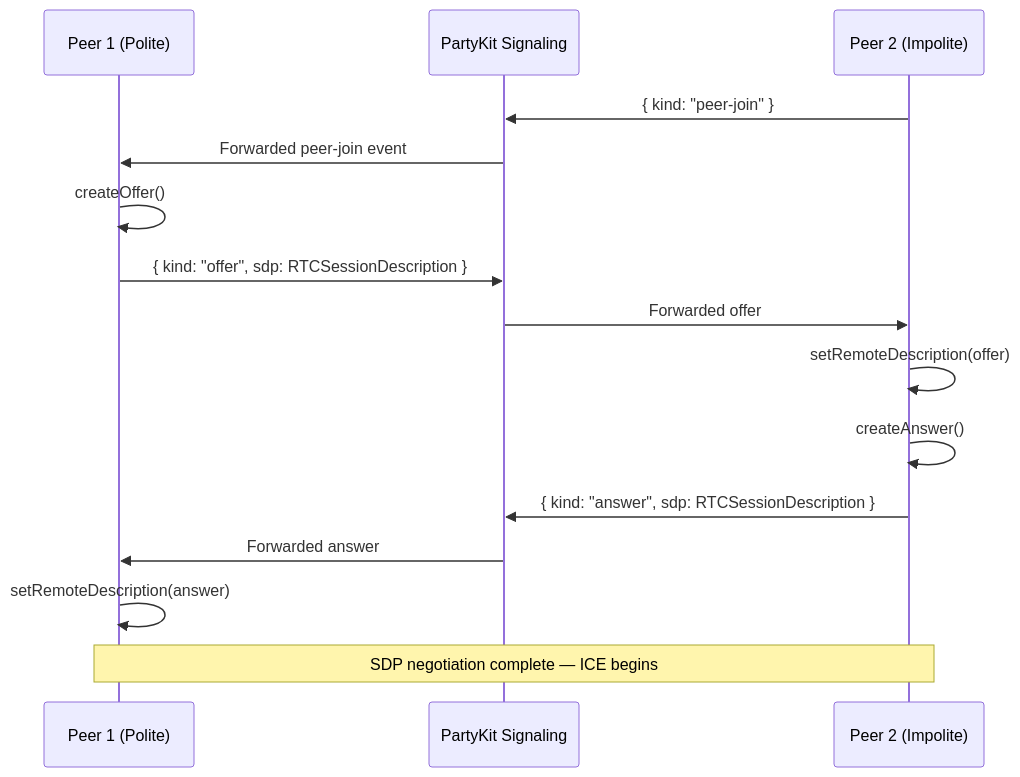
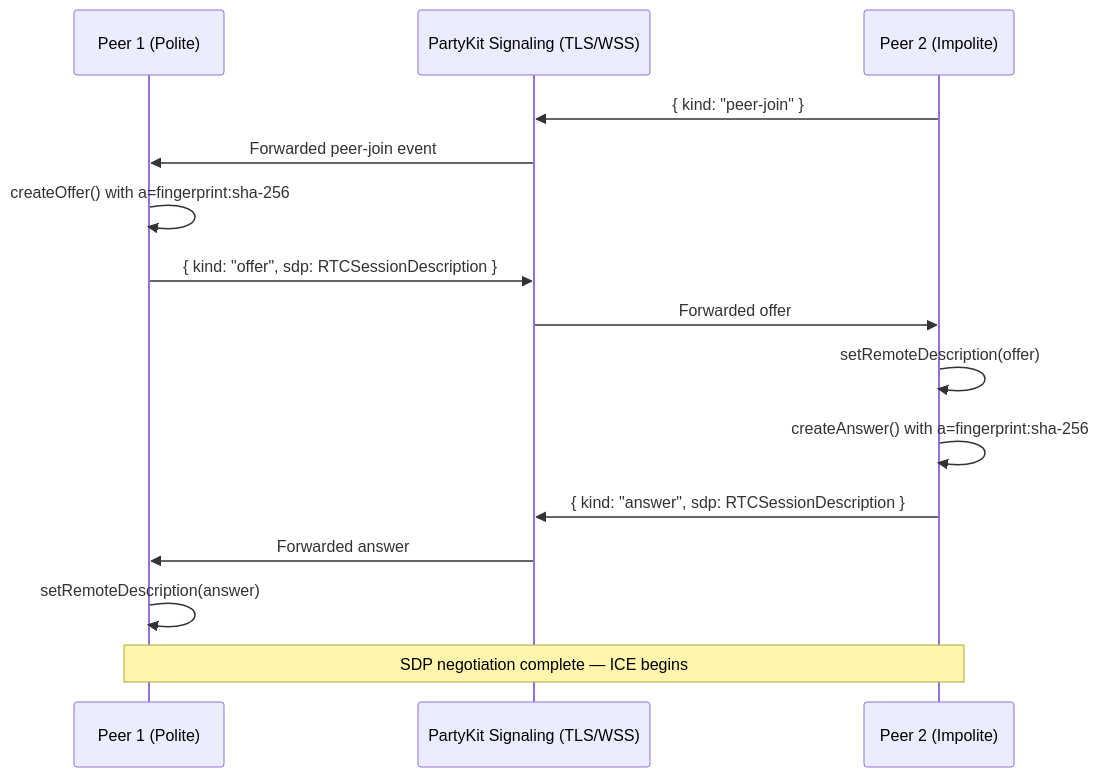
The first of 5 diagrams in docs/WEBRTC_MESH_ARCHITECTURE.md (SatyamPandey-07/WorkSphere), drawn with Mermaid before and after one commit. The commit also changed other lines of this file, not shown here.

Commit message:
docs: document DTLS handshake flow and SecureTunnel architecture

````diff
--- a/docs/WEBRTC_MESH_ARCHITECTURE.md
+++ b/docs/WEBRTC_MESH_ARCHITECTURE.md
@@ -16,21 +17,21 @@
 ```mermaid
 sequenceDiagram
     participant P1 as Peer 1 (Polite)
-    participant Sig as PartyKit Signaling
+    participant Sig as PartyKit Signaling (TLS/WSS)
     participant P2 as Peer 2 (Impolite)
 
     P2->>Sig: { kind: "peer-join" }
     Sig->>P1: Forwarded peer-join event
 
-    P1->>P1: createOffer()
+    P1->>P1: createOffer() with a=fingerprint:sha-256
     P1->>Sig: { kind: "offer", sdp: RTCSessionDescription }
     Sig->>P2: Forwarded offer
 
     P2->>P2: setRemoteDescription(offer)
-    P2->>P2: createAnswer()
+    P2->>P2: createAnswer() with a=fingerprint:sha-256
     P2->>Sig: { kind: "answer", sdp: RTCSessionDescription }
     Sig->>P1: Forwarded answer
 
     P1->>P1: setRemoteDescription(answer)
     Note over P1,P2: SDP negotiation complete — ICE begins
 ```
````
